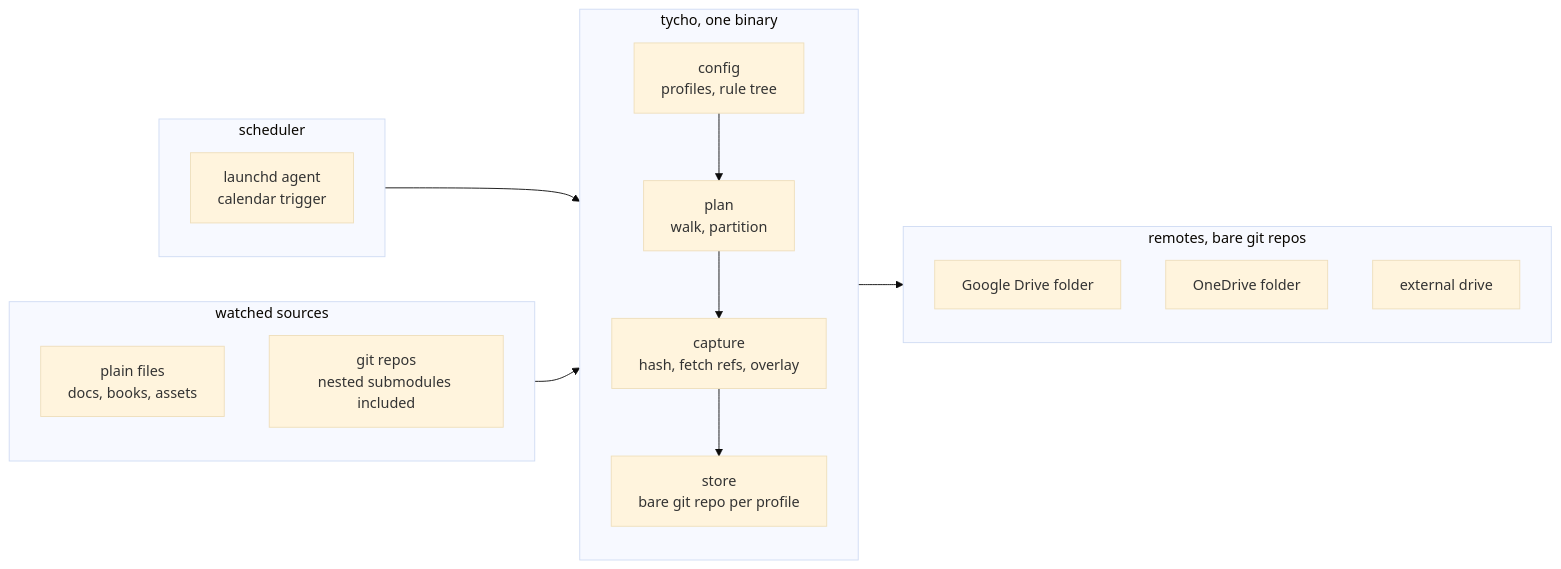
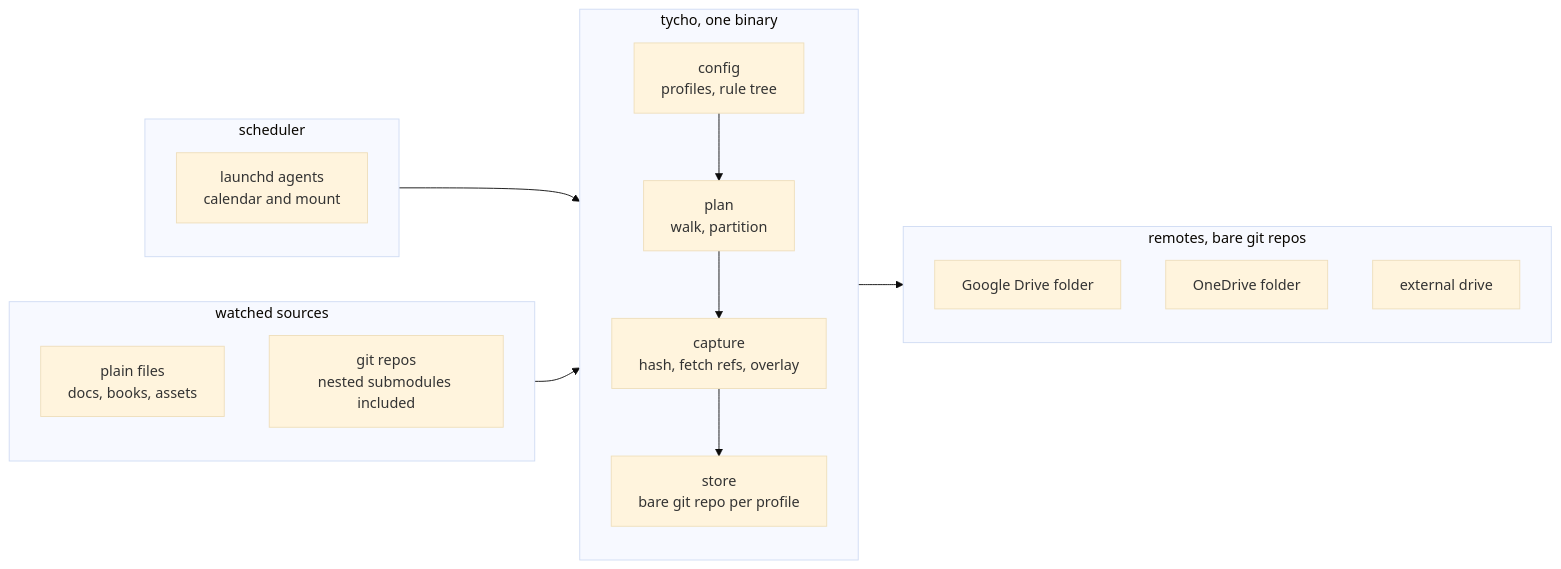
Before and after one commit to CoreEngineX/tycho: the first of 2 diagrams in docs/architecture/overview.md, drawn with Mermaid (base theme). The commit also changed other lines of this file and 1 other file, not shown here.

````diff
--- a/docs/architecture/overview.md
+++ b/docs/architecture/overview.md
@@ -23,29 +23,29 @@
 ```mermaid
 flowchart LR
   subgraph SRC["watched sources"]
     direction TB
     S1["plain files<br/>docs, books, assets"]
     S2["git repos<br/>nested submodules included"]
   end
   subgraph TY["tycho, one binary"]
     direction TB
     CFG["config<br/>profiles, rule tree"]
     PLAN["plan<br/>walk, partition"]
     CAP["capture<br/>hash, fetch refs, overlay"]
     ST["store<br/>bare git repo per profile"]
     CFG --> PLAN --> CAP --> ST
   end
   subgraph REM["remotes, bare git repos"]
     direction TB
     R1["Google Drive folder"]
     R2["OneDrive folder"]
     R3["external drive"]
   end
   subgraph SCHED["scheduler"]
     direction TB
-    LD["launchd agent<br/>calendar trigger"]
+    LD["launchd agents<br/>calendar and mount"]
   end
   SCHED --> TY
   SRC --> TY
   TY --> REM
 ```
````
